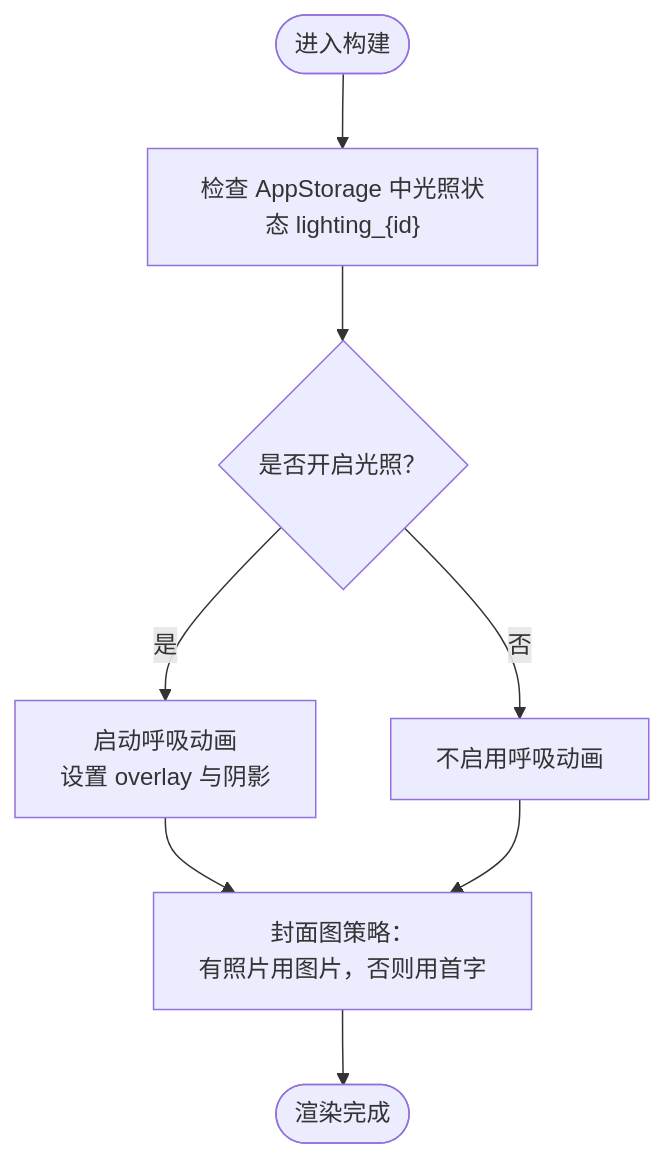
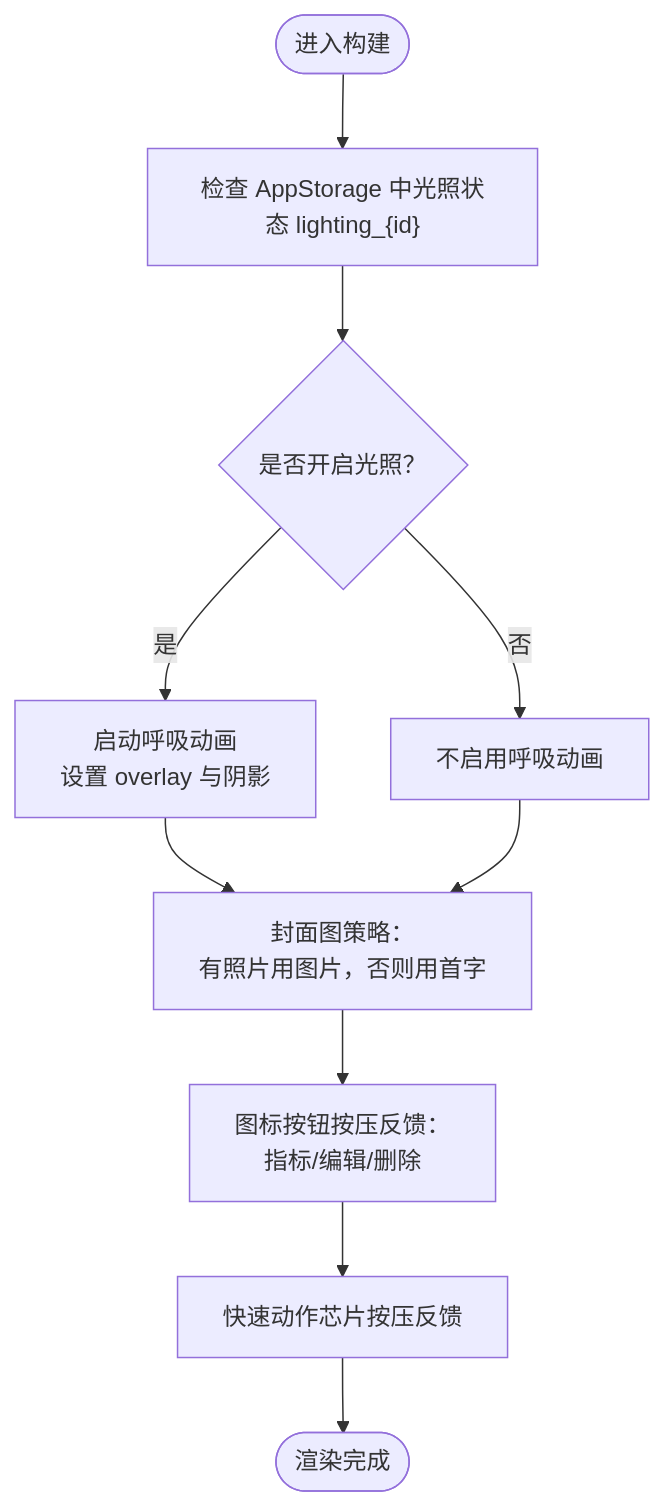
One commit to mmt1202/PlantModel changed the third of 7 diagrams in .qoder/repowiki/zh/content/UI组件/植物卡片组件 PlantCard.md. Above: the diagram before and after it, drawn with Mermaid. The commit also changed other lines of this file and 14 other files, not shown here.

````diff
--- a/.qoder/repowiki/zh/content/UI组件/植物卡片组件 PlantCard.md
+++ b/.qoder/repowiki/zh/content/UI组件/植物卡片组件 PlantCard.md
@@ -142,10 +165,12 @@
 ```mermaid
 flowchart TD
 Start(["进入构建"]) --> CheckLight["检查 AppStorage 中光照状态 lighting_{id}"]
 CheckLight --> IsOn{"是否开启光照？"}
 IsOn --> |是| StartAnim["启动呼吸动画<br/>设置 overlay 与阴影"]
 IsOn --> |否| NoAnim["不启用呼吸动画"]
 StartAnim --> Cover["封面图策略：<br/>有照片用图片，否则用首字"]
 NoAnim --> Cover
-Cover --> Done(["渲染完成"])
+Cover --> Icons["图标按钮按压反馈：<br/>指标/编辑/删除"]
+Icons --> Chips["快速动作芯片按压反馈"]
+Chips --> Done(["渲染完成"])
 ```
````
